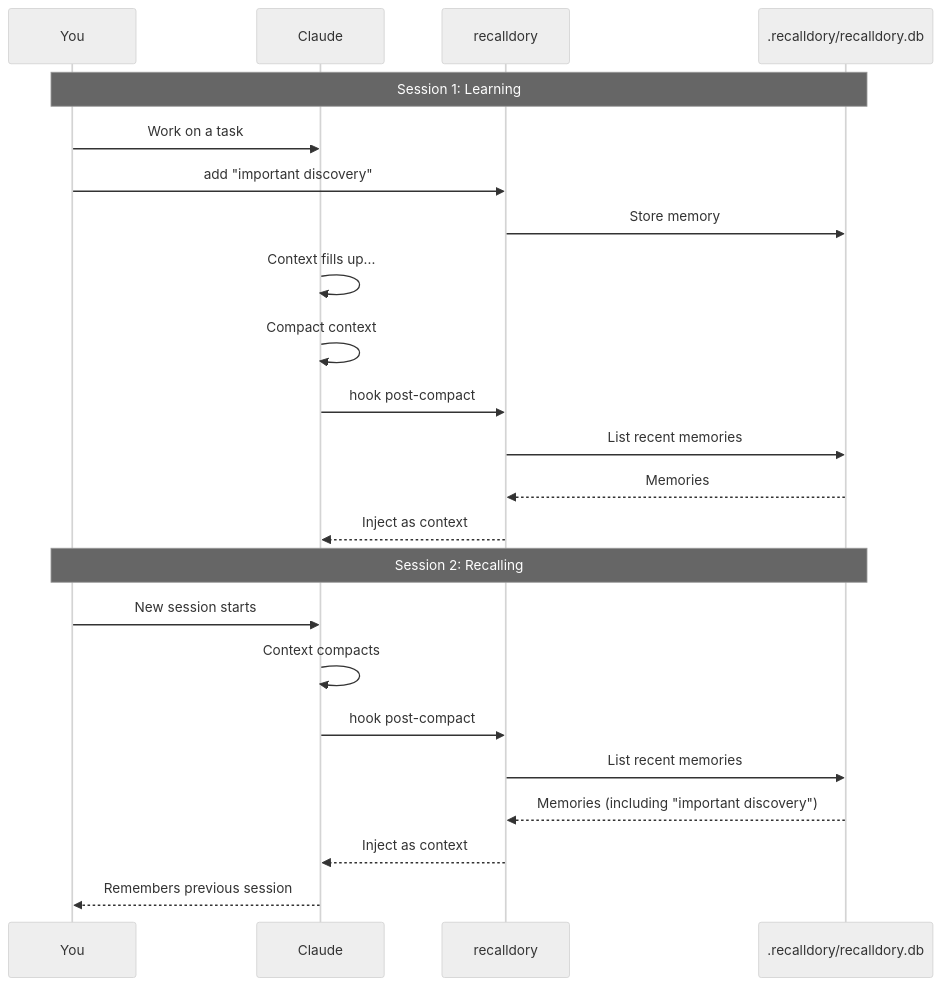
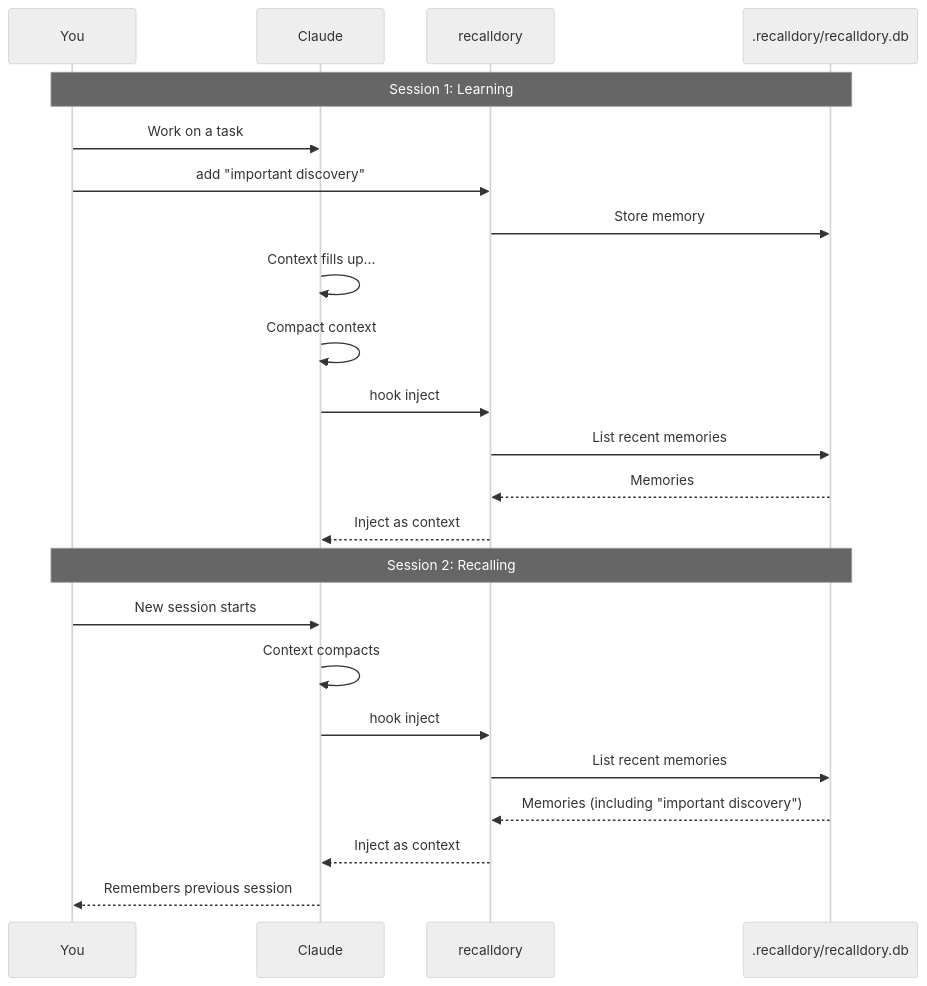
One commit to jhult/recalldory changed the diagram in README.md. Above: the diagram before and after it, drawn with Mermaid (neutral theme). The commit also changed other lines of this file and 5 other files, not shown here.

````diff
--- a/README.md
+++ b/README.md
@@ -15,27 +15,27 @@
 ```mermaid
 sequenceDiagram
     participant You
     participant Claude
     participant recalldory
     participant DB as .recalldory/recalldory.db
 
     Note over You,DB: Session 1: Learning
     You->>Claude: Work on a task
     You->>recalldory: add "important discovery"
     recalldory->>DB: Store memory
     Claude->>Claude: Context fills up...
     Claude->>Claude: Compact context
-    Claude->>recalldory: hook post-compact
+    Claude->>recalldory: hook inject
     recalldory->>DB: List recent memories
     DB-->>recalldory: Memories
     recalldory-->>Claude: Inject as context
 
     Note over You,DB: Session 2: Recalling
     You->>Claude: New session starts
     Claude->>Claude: Context compacts
-    Claude->>recalldory: hook post-compact
+    Claude->>recalldory: hook inject
     recalldory->>DB: List recent memories
     DB-->>recalldory: Memories (including "important discovery")
     recalldory-->>Claude: Inject as context
     Claude-->>You: Remembers previous session
 ```
````
